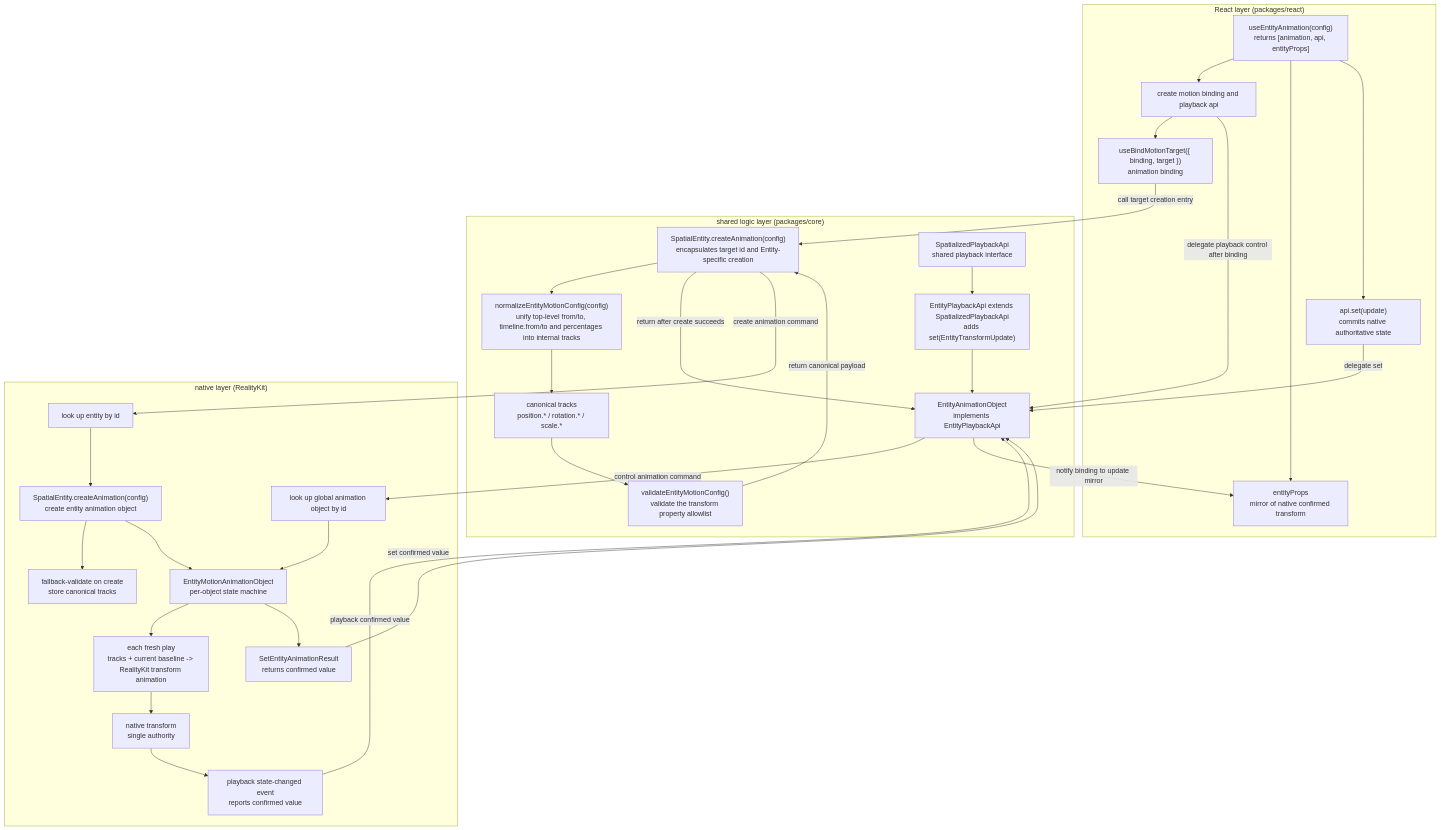
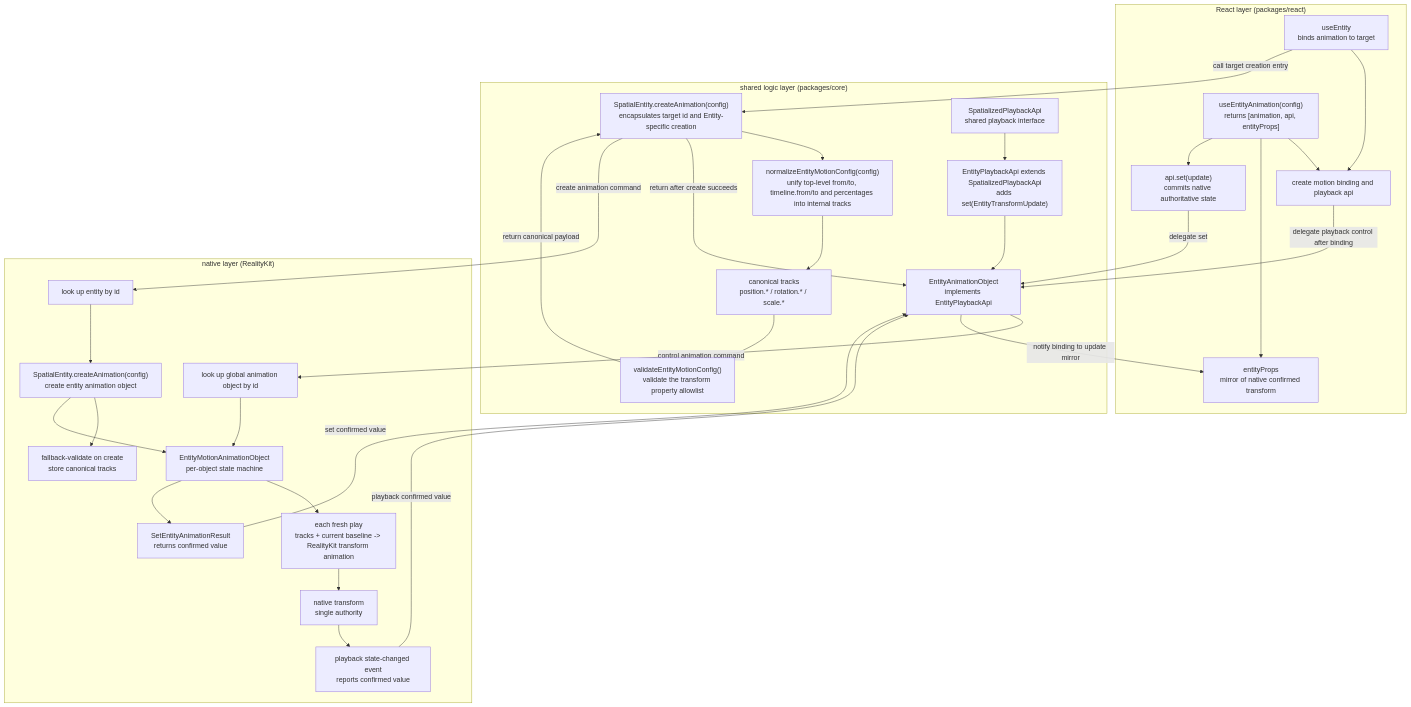
Before and after one commit to webspatial/webspatial-sdk: the first of 14 diagrams in openspec/changes/redesign-entity-motion-api/design.md, drawn with Mermaid. The commit also changed other lines of this file and 1 other file, not shown here.

Commit message:
docs(entity-motion): align design with final implementation

````diff
--- a/openspec/changes/redesign-entity-motion-api/design.md
+++ b/openspec/changes/redesign-entity-motion-api/design.md
@@ -117,63 +117,63 @@
 ```mermaid
 flowchart TB
     subgraph React["React layer (packages/react)"]
         UseEntity["useEntityAnimation(config)<br/>returns [animation, api, entityProps]"]
         ReactBinding["create motion binding and playback api"]
         EntityProps["entityProps<br/>mirror of native confirmed transform"]
         ApiSet["api.set(update)<br/>commits native authoritative state"]
-        BindTarget["useBindMotionTarget({ binding, target })<br/>animation binding"]
+        BindTarget["useEntity<br/>binds animation to target"]
 
         UseEntity --> ReactBinding
         UseEntity --> EntityProps
         UseEntity --> ApiSet
-        ReactBinding --> BindTarget
+        BindTarget --> ReactBinding
     end
 
     subgraph Core["shared logic layer (packages/core)"]
         EntityCreate["SpatialEntity.createAnimation(config)<br/>encapsulates target id and Entity-specific creation"]
         Normalize["normalizeEntityMotionConfig(config)<br/>unify top-level from/to, timeline.from/to and percentages into internal tracks"]
         Tracks["canonical tracks<br/>position.* / rotation.* / scale.*"]
         Validate["validateEntityMotionConfig()<br/>validate the transform property allowlist"]
         PlaybackApi["SpatializedPlaybackApi<br/>shared playback interface"]
         EntityApi["EntityPlaybackApi extends SpatializedPlaybackApi<br/>adds set(EntityTransformUpdate)"]
         CoreAnimationObject["EntityAnimationObject<br/>implements EntityPlaybackApi"]
 
         EntityCreate --> Normalize
         Normalize --> Tracks
         Tracks --> Validate
         Validate -->|"return canonical payload"| EntityCreate
         EntityCreate -->|"return after create succeeds"| CoreAnimationObject
         PlaybackApi --> EntityApi
         EntityApi --> CoreAnimationObject
     end
 
     subgraph Native["native layer (RealityKit)"]
         Resolve["look up entity by id"]
         ResolveAnimation["look up global animation object by id"]
         EntityCreateNative["SpatialEntity.createAnimation(config)<br/>create entity animation object"]
         AnimationObject["EntityMotionAnimationObject<br/>per-object state machine"]
         NativeValidate["fallback-validate on create<br/>store canonical tracks"]
         Compile["each fresh play<br/>tracks + current baseline -> RealityKit transform animation"]
         Authority["native transform<br/>single authority"]
         Event["playback state-changed event<br/>reports confirmed value"]
         SetResult["SetEntityAnimationResult<br/>returns confirmed value"]
 
         Resolve --> EntityCreateNative
         ResolveAnimation --> AnimationObject
         EntityCreateNative --> NativeValidate
         EntityCreateNative --> AnimationObject
         AnimationObject --> Compile
         Compile --> Authority
         Authority --> Event
         AnimationObject --> SetResult
     end
 
     BindTarget -->|"call target creation entry"| EntityCreate
     ReactBinding -->|"delegate playback control after binding"| CoreAnimationObject
     ApiSet -->|"delegate set"| CoreAnimationObject
     EntityCreate -->|"create animation command"| Resolve
     CoreAnimationObject -->|"control animation command"| ResolveAnimation
     Event -->|"playback confirmed value"| CoreAnimationObject
     SetResult -->|"set confirmed value"| CoreAnimationObject
     CoreAnimationObject -->|"notify binding to update mirror"| EntityProps
 ```
````
